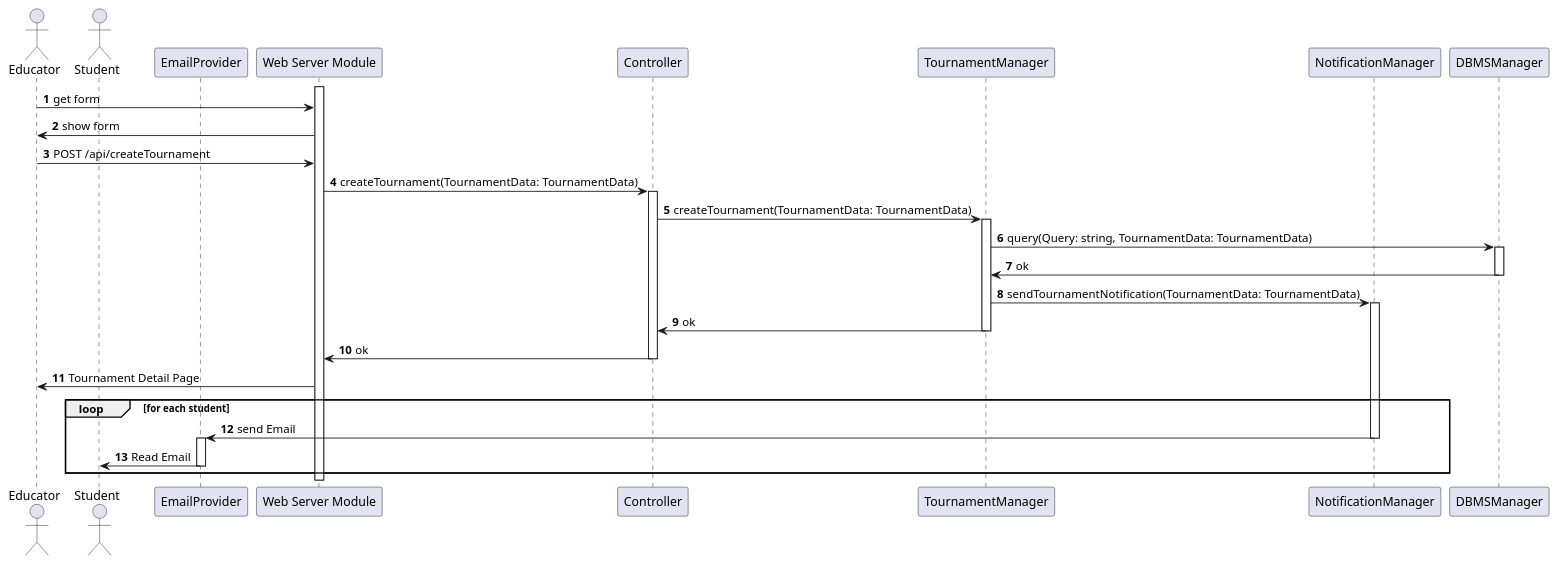
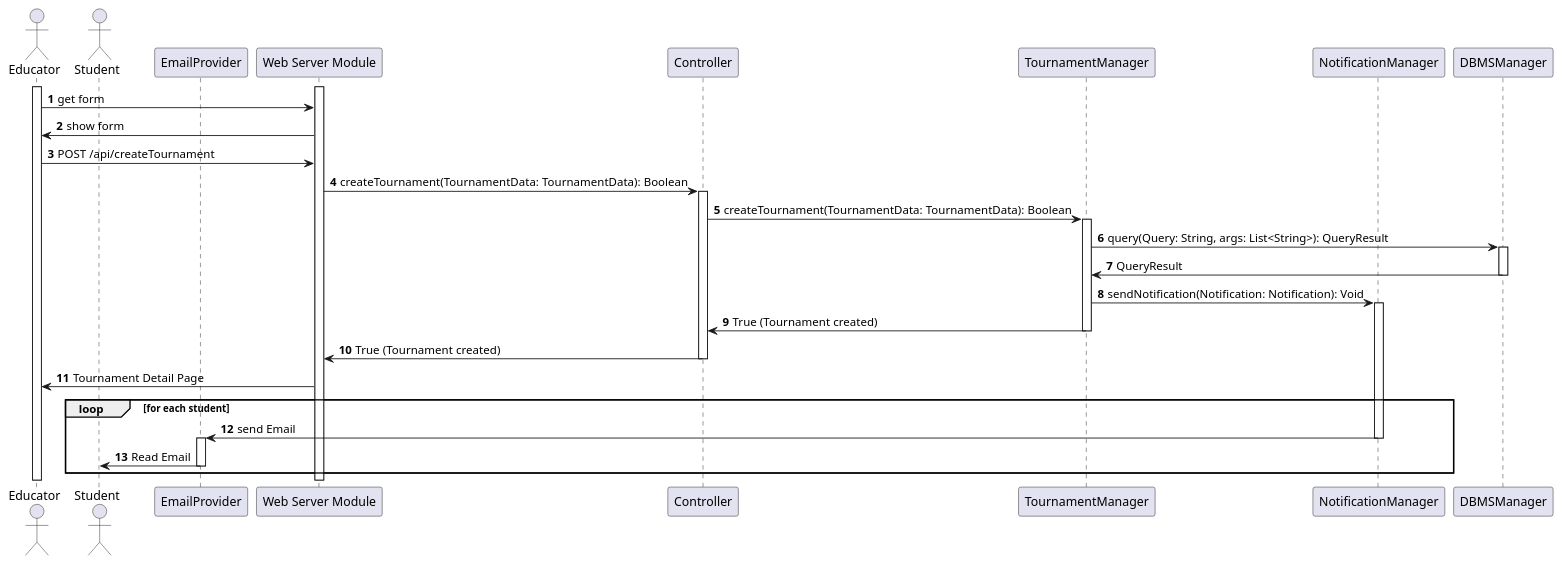
The diagram in _DD/Images/sequenceDiagrams/createATournament.wsd (Angelo7672/SE2_Requirement-and-Design-Document), drawn with PlantUML before and after one commit. The commit also changed 3 other files, not shown here.

```diff
--- a/_DD/Images/sequenceDiagrams/createATournament.wsd
+++ b/_DD/Images/sequenceDiagrams/createATournament.wsd
@@ -1,41 +1,42 @@
 @startuml
 
 'NEW
 autonumber
 actor Educator as E
 actor Student as S
 participant EmailProvider as EM
 participant "Web Server Module" as WS
 participant Controller as C
 participant TournamentManager as TM
 participant NotificationManager as NM
 participant DBMSManager as DB
 
+activate E
 activate WS
 E -> WS: get form
 WS -> E: show form
 E -> WS: POST /api/createTournament
-WS -> C: createTournament(TournamentData: TournamentData)
+WS -> C: createTournament(TournamentData: TournamentData): Boolean
 activate C
-C -> TM: createTournament(TournamentData: TournamentData)
+C -> TM: createTournament(TournamentData: TournamentData): Boolean
 activate TM
-TM -> DB: query(Query: string, TournamentData: TournamentData)
+TM -> DB: query(Query: String, args: List<String>): QueryResult
 activate DB
-DB -> TM: ok
+DB -> TM: QueryResult
 deactivate DB
-TM -> NM: sendTournamentNotification(TournamentData: TournamentData)
+TM -> NM: sendNotification(Notification: Notification): Void
 activate NM
-TM -> C: ok
+TM -> C: True (Tournament created)
 deactivate TM
-C -> WS: ok
+C -> WS: True (Tournament created)
 deactivate C
 WS -> E: Tournament Detail Page
 loop for each student
 NM -> EM: send Email
 deactivate NM
 activate EM
 EM -> S: Read Email
 deactivate EM
 end
 
 @enduml
```
